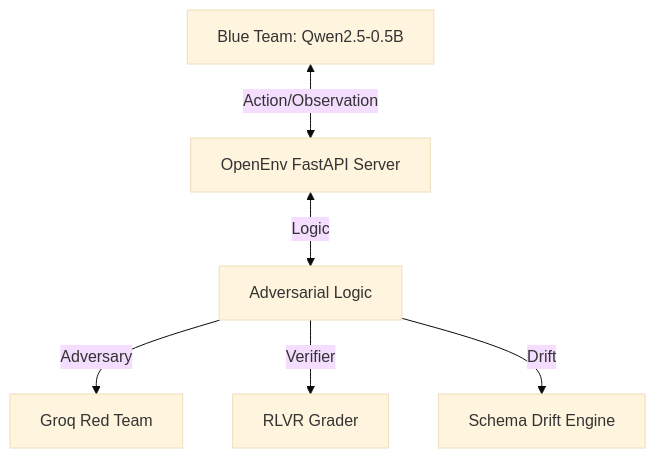
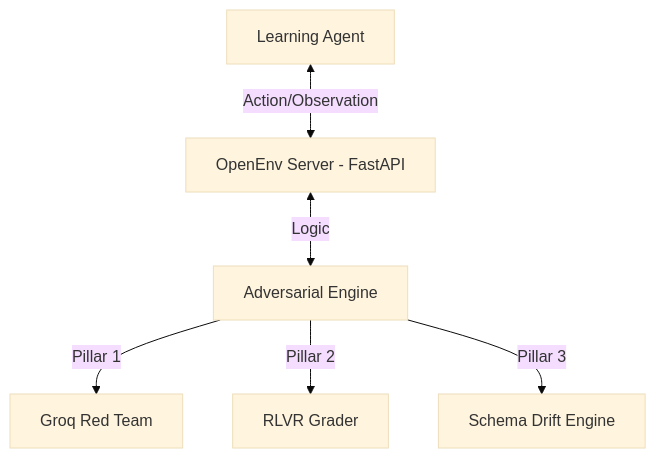
Before and after one commit to agp-369/infra-security-agent-workflow: the diagram in README.md, drawn with Mermaid (base theme). The commit also changed other lines of this file and 7 other files, not shown here.

````diff
--- a/README.md
+++ b/README.md
@@ -16,8 +19,8 @@
 ```mermaid
 graph TD
-    Agent[Blue Team: Qwen2.5-0.5B] <--> |Action/Observation| EnvServer[OpenEnv FastAPI Server]
-    EnvServer <--> |Logic| SecurityLogEnv[Adversarial Logic]
-    SecurityLogEnv --> |Adversary| RedTeam[Groq Red Team]
-    SecurityLogEnv --> |Verifier| RLVR[RLVR Grader]
-    SecurityLogEnv --> |Drift| Drift[Schema Drift Engine]
+    Agent[Learning Agent] <--> |Action/Observation| EnvServer[OpenEnv Server - FastAPI]
+    EnvServer <--> |Logic| SecurityLogEnv[Adversarial Engine]
+    SecurityLogEnv --> |Pillar 1| RedTeam[Groq Red Team]
+    SecurityLogEnv --> |Pillar 2| Grader[RLVR Grader]
+    SecurityLogEnv --> |Pillar 3| Drift[Schema Drift Engine]
 ```
````
